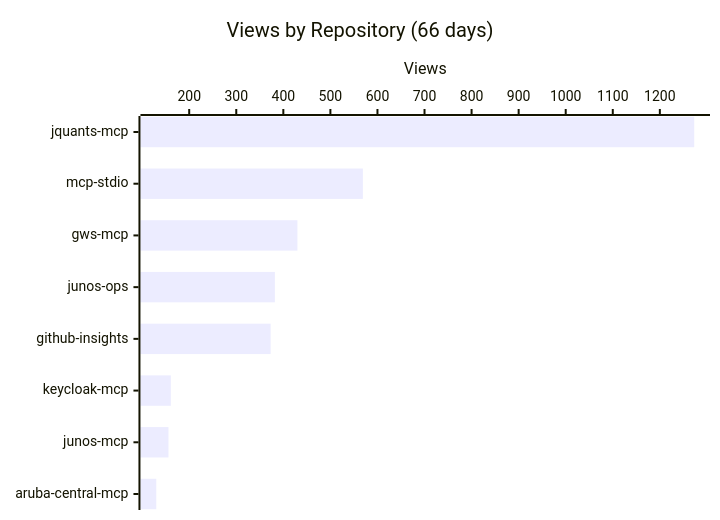
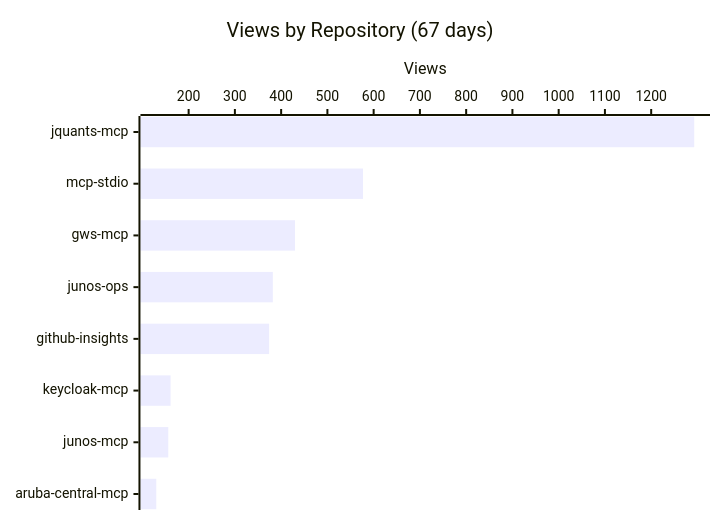
The first of 3 diagrams in README.md (shigechika/github-insights), drawn with Mermaid before and after one commit. The commit also changed other lines of this file and 2 other files, not shown here.

````diff
--- a/README.md
+++ b/README.md
@@ -18,7 +18,7 @@
 ```mermaid
 xychart-beta horizontal
-    title "Views by Repository (66 days)"
+    title "Views by Repository (67 days)"
     x-axis ["jquants-mcp", "mcp-stdio", "gws-mcp", "junos-ops", "github-insights", "keycloak-mcp", "junos-mcp", "aruba-central-mcp"]
     y-axis "Views"
-    bar [1273, 569, 430, 382, 373, 161, 156, 130]
+    bar [1293, 577, 430, 382, 374, 161, 156, 130]
 ```
````
